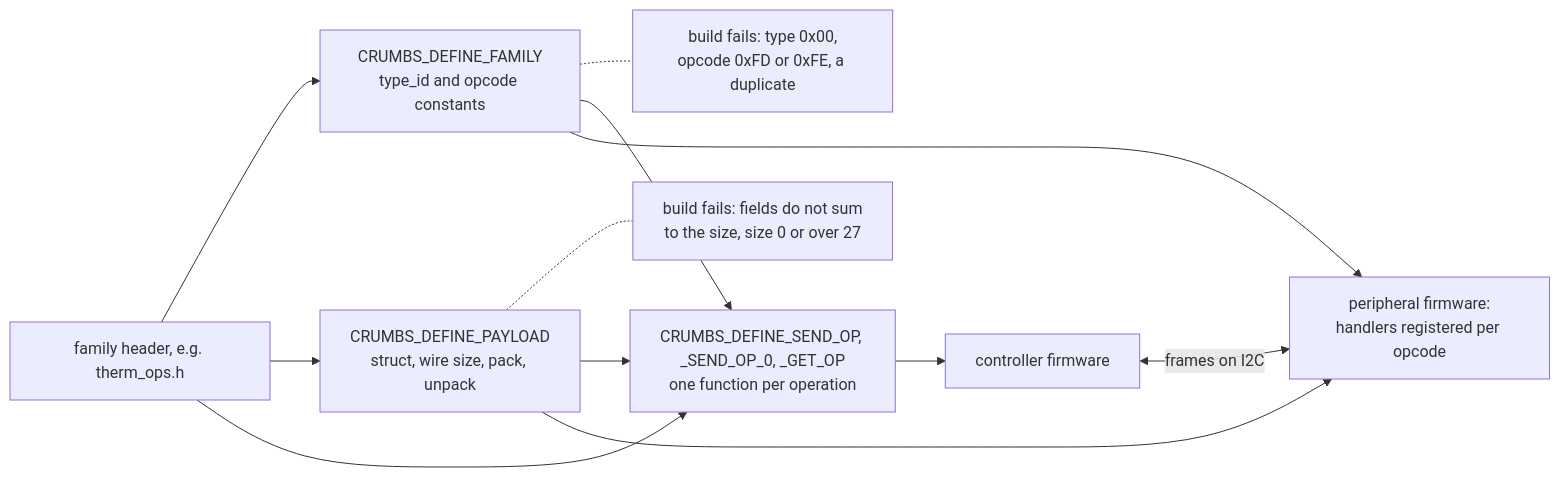
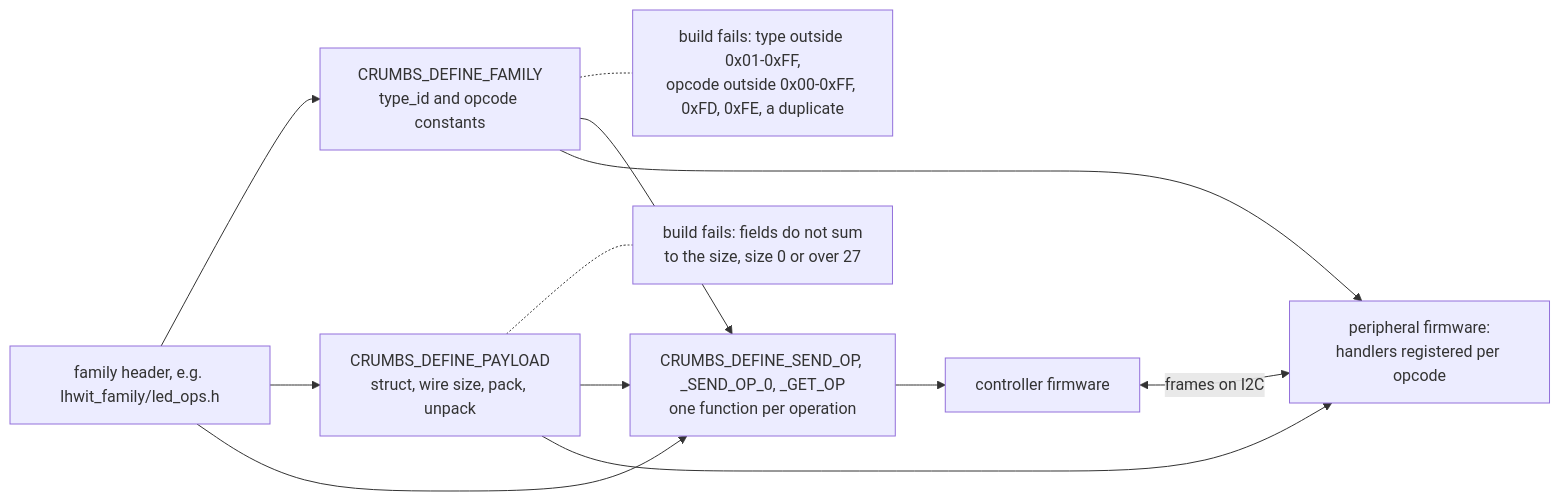
Before and after one commit to feastorg/CRUMBS: the fifth of 5 diagrams in docs/architecture.md, drawn with Mermaid. The commit also changed other lines of this file and 1 other file, not shown here.

First line of the commit message:
docs: name return codes and constants in the mermaid diagrams

````diff
--- a/docs/architecture.md
+++ b/docs/architecture.md
@@ -216,15 +217,15 @@
 ```mermaid
 flowchart LR
-    H["family header, e.g. therm_ops.h"]
+    H["family header, e.g. lhwit_family/led_ops.h"]
     H --> F["CRUMBS_DEFINE_FAMILY<br/>type_id and opcode constants"]
     H --> PL["CRUMBS_DEFINE_PAYLOAD<br/>struct, wire size, pack, unpack"]
     H --> W["CRUMBS_DEFINE_SEND_OP, _SEND_OP_0, _GET_OP<br/>one function per operation"]
-    F -.- CF["build fails: type 0x00,<br/>opcode 0xFD or 0xFE, a duplicate"]
+    F -.- CF["build fails: type outside 0x01-0xFF,<br/>opcode outside 0x00-0xFF, 0xFD, 0xFE, a duplicate"]
     PL -.- CP["build fails: fields do not sum<br/>to the size, size 0 or over 27"]
     F --> W
     PL --> W
     W --> CTRL["controller firmware"]
     F --> PER["peripheral firmware:<br/>handlers registered per opcode"]
     PL --> PER
     CTRL <-->|"frames on I2C"| PER
 ```
````
